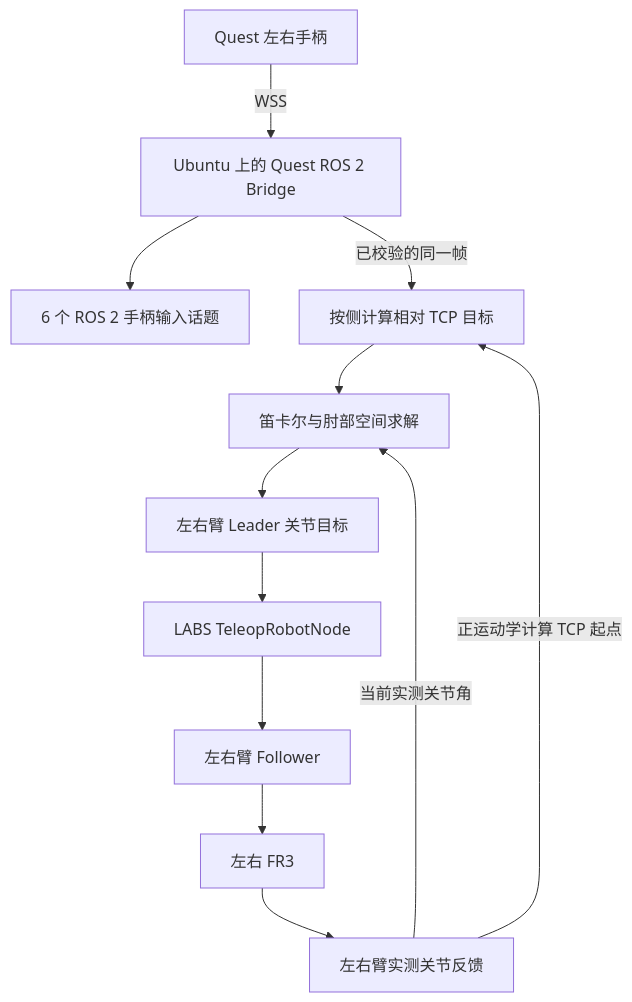
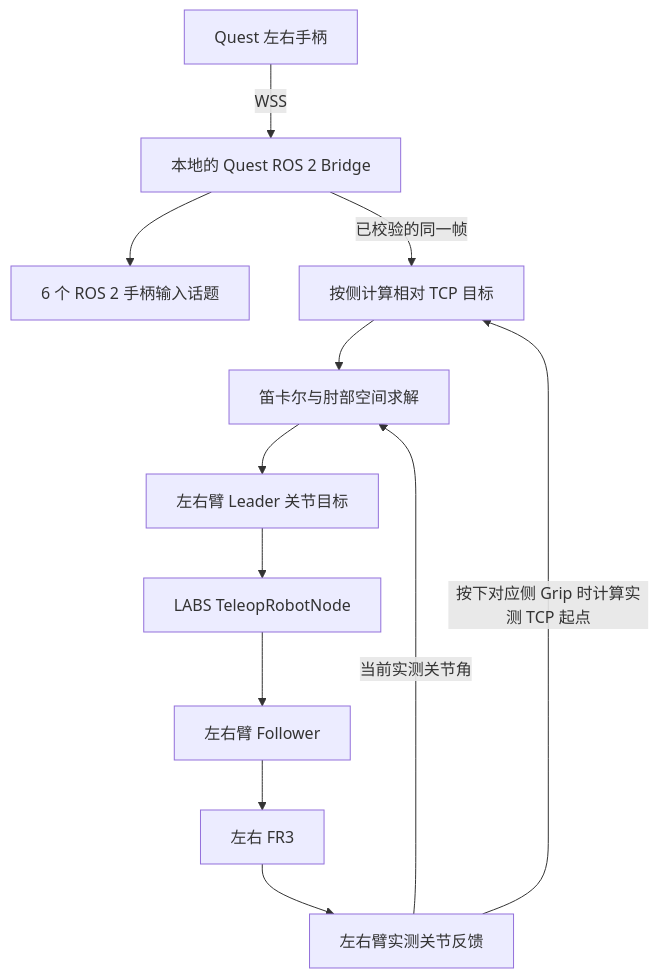
One commit to YYxzz8866/Quest-Proposal changed the first of 4 diagrams in 3、Topic.md. Above: the diagram before and after it, drawn with Mermaid. The commit also changed other lines of this file and 9 other files, not shown here.

````diff
--- a/3、Topic.md
+++ b/3、Topic.md
@@ -9,21 +9,21 @@
 ```mermaid
 flowchart TD
     Quest["Quest 左右手柄"]
-    Bridge["Ubuntu 上的 Quest ROS 2 Bridge"]
+    Bridge["本地的 Quest ROS 2 Bridge"]
     Input["6 个 ROS 2 手柄输入话题"]
     Mapping["按侧计算相对 TCP 目标"]
     Solve["笛卡尔与肘部空间求解"]
     Leader["左右臂 Leader 关节目标"]
     Relay["LABS TeleopRobotNode"]
     Follower["左右臂 Follower"]
     Robot["左右 FR3"]
     Feedback["左右臂实测关节反馈"]
 
     Quest -->|WSS| Bridge
     Bridge --> Input
     Bridge -->|已校验的同一帧| Mapping
     Mapping --> Solve --> Leader --> Relay --> Follower --> Robot
     Robot --> Feedback
-    Feedback -->|正运动学计算 TCP 起点| Mapping
+    Feedback -->|按下对应侧 Grip 时计算实测 TCP 起点| Mapping
     Feedback -->|当前实测关节角| Solve
 ```
````
